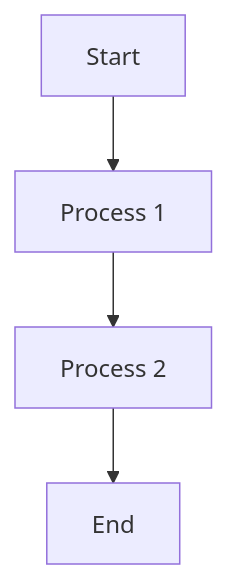
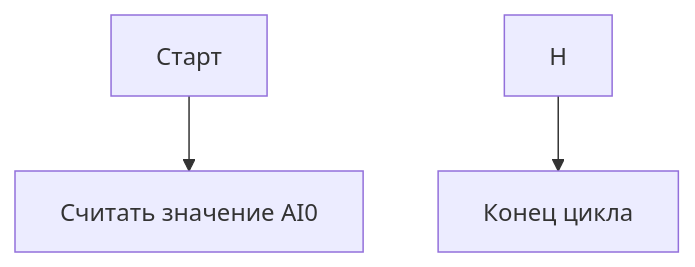
One commit to al-galavanov/Portfolio changed the diagram in Project_ASUTP_ITP /algorithm.md. Above: the diagram before and after it, drawn with Mermaid.

````diff
--- a/Project_ASUTP_ITP /algorithm.md
+++ b/Project_ASUTP_ITP /algorithm.md
@@ -1,6 +1,6 @@
 ```mermaid
 flowchart TD;
-    A[Start] --> B[Process 1];
-    B --> C[Process 2];
-    C --> D[End];
+     A[Старт] --> B[Считать значение AI0];
+   
+     H --> K[Конец цикла];
 ```
````
